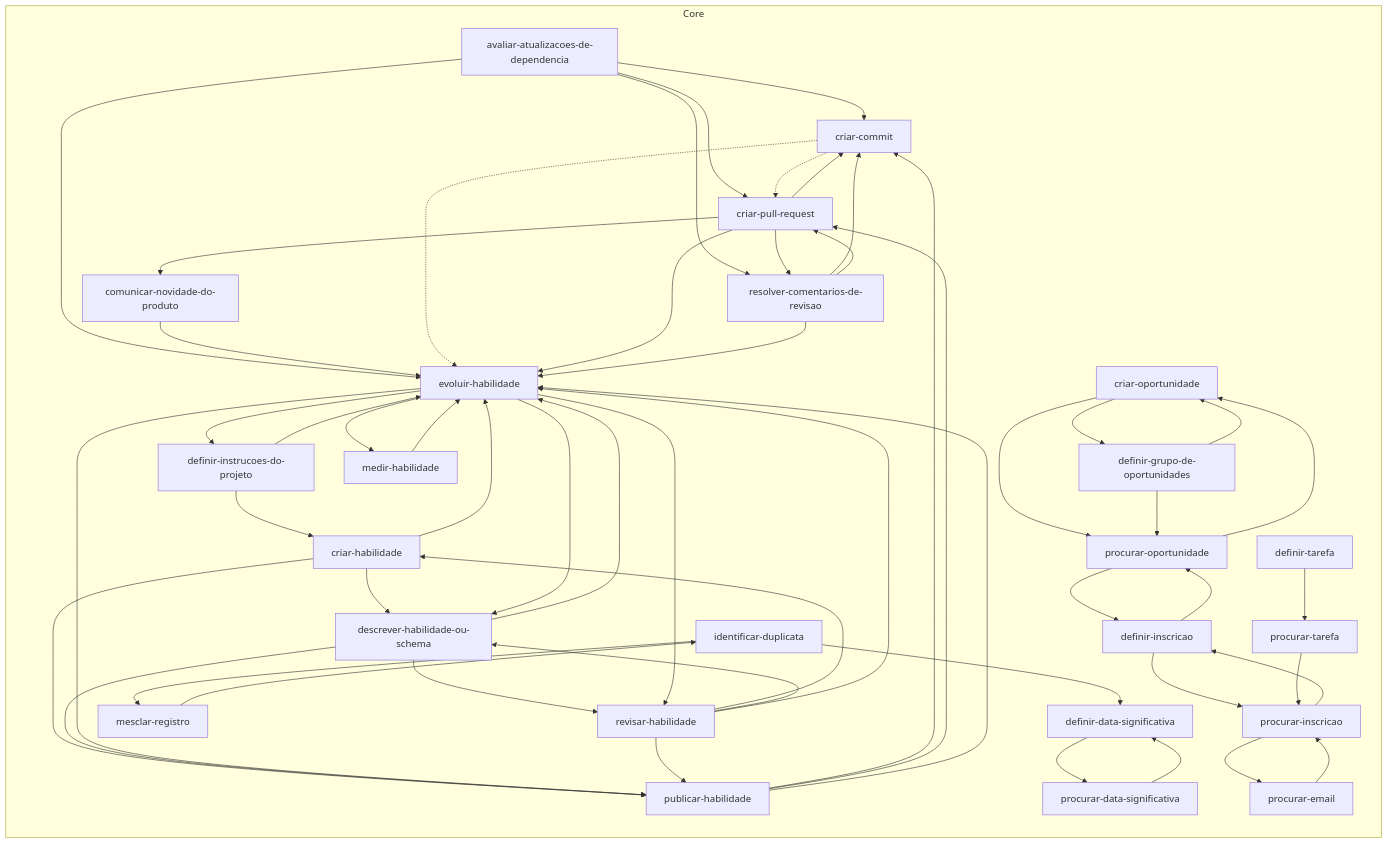
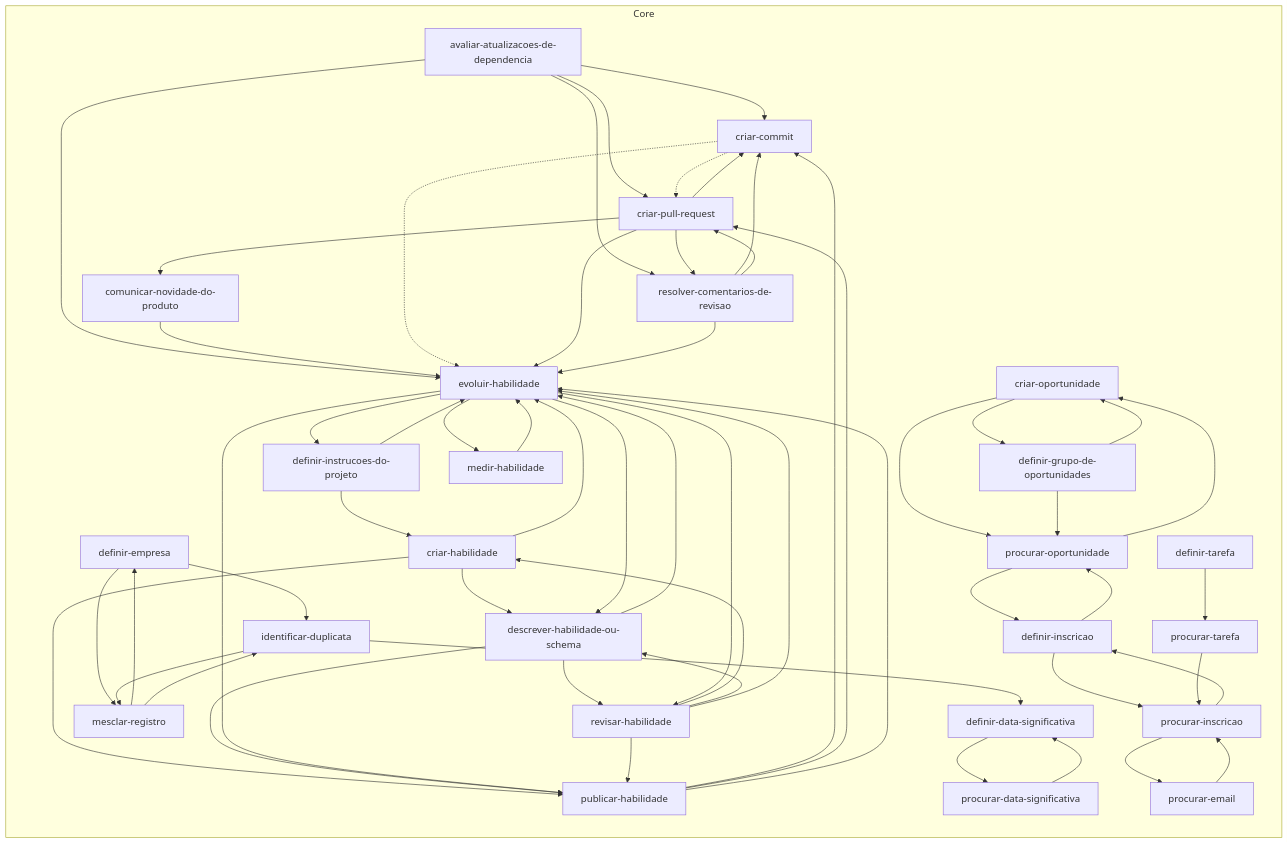
Before and after one commit to jimmyandrade/harness: the diagram in .agents/skills/README.md, drawn with Mermaid. The commit also changed 5 other files, not shown here.

First line of the commit message:
feat(definir-empresa): move the skill to the core

```diff
--- a/.agents/skills/README.md
+++ b/.agents/skills/README.md
@@ -18,6 +18,7 @@
     criar_oportunidade["criar-oportunidade"]
     criar_pull_request["criar-pull-request"]
     definir_data_significativa["definir-data-significativa"]
+    definir_empresa["definir-empresa"]
     definir_grupo_de_oportunidades["definir-grupo-de-oportunidades"]
     definir_inscricao["definir-inscricao"]
     definir_instrucoes_do_projeto["definir-instrucoes-do-projeto"]
@@ -53,6 +54,8 @@
   criar_pull_request --> evoluir_habilidade
   criar_pull_request --> resolver_comentarios_de_revisao
   definir_data_significativa --> procurar_data_significativa
+  definir_empresa --> identificar_duplicata
+  definir_empresa --> mesclar_registro
   definir_grupo_de_oportunidades --> criar_oportunidade
   definir_grupo_de_oportunidades --> procurar_oportunidade
   definir_inscricao --> procurar_inscricao
@@ -71,6 +74,7 @@
   identificar_duplicata --> definir_data_significativa
   identificar_duplicata --> mesclar_registro
   medir_habilidade --> evoluir_habilidade
+  mesclar_registro --> definir_empresa
   mesclar_registro --> identificar_duplicata
   procurar_data_significativa --> definir_data_significativa
   procurar_email --> procurar_inscricao
```
